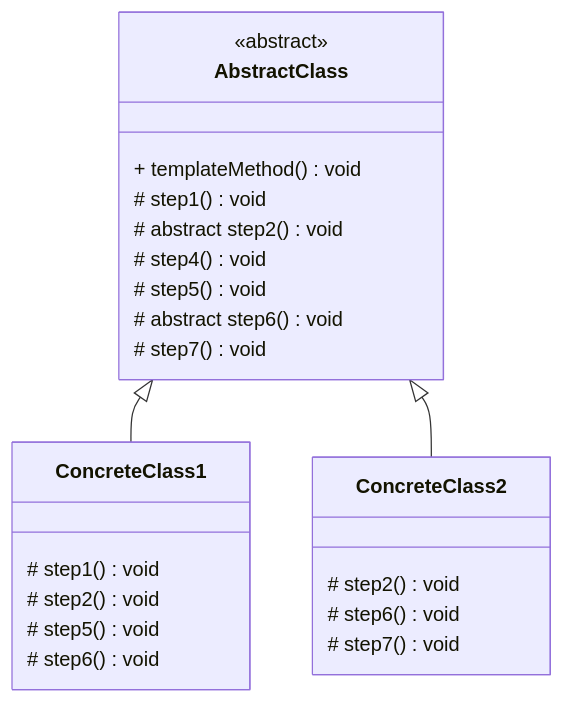
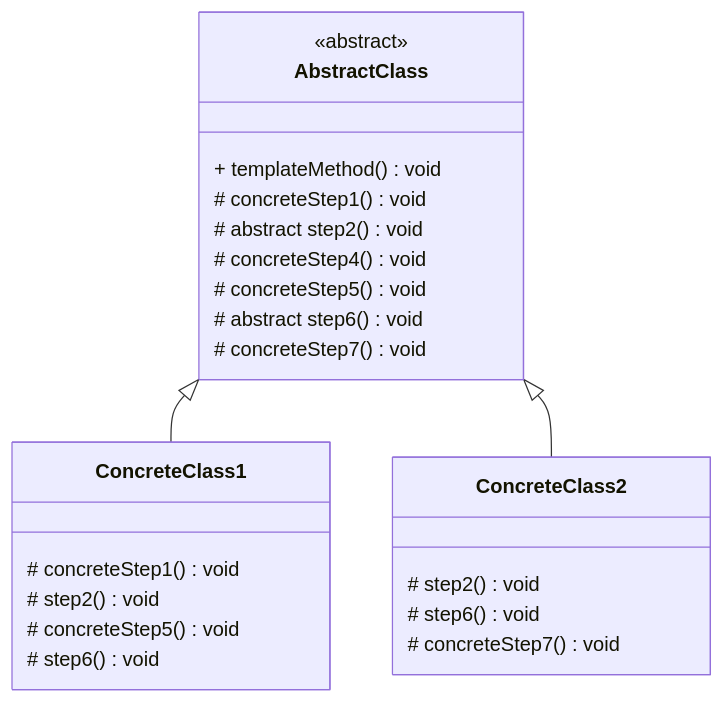
One commit to hbaltz/design-patterns changed the second of 3 diagrams in src/template_method/README.md. Above: the diagram before and after it, drawn with Mermaid. The commit also changed other lines of this file, not shown here.

Commit message:
Add explanation about hooks in the template method's documentation

````diff
--- a/src/template_method/README.md
+++ b/src/template_method/README.md
@@ -46,29 +49,29 @@
 ```mermaid
 classDiagram
     class AbstractClass {
         + templateMethod() void
-        # step1() void
+        # concreteStep1() void
         # abstract step2() void
-        # step4() void
-        # step5() void
+        # concreteStep4() void
+        # concreteStep5() void
         # abstract step6() void
-        # step7() void
+        # concreteStep7() void
     }
     <<abstract>> AbstractClass
     
     class ConcreteClass1 {
-        # step1() void
+        # concreteStep1() void
         # step2() void
-        # step5() void
+        # concreteStep5() void
         # step6() void
     }
 
     class ConcreteClass2 {
         # step2() void
         # step6() void
-        # step7() void
+        # concreteStep7() void
     }
     
     AbstractClass <|-- ConcreteClass1
     AbstractClass <|-- ConcreteClass2
 ```
````
